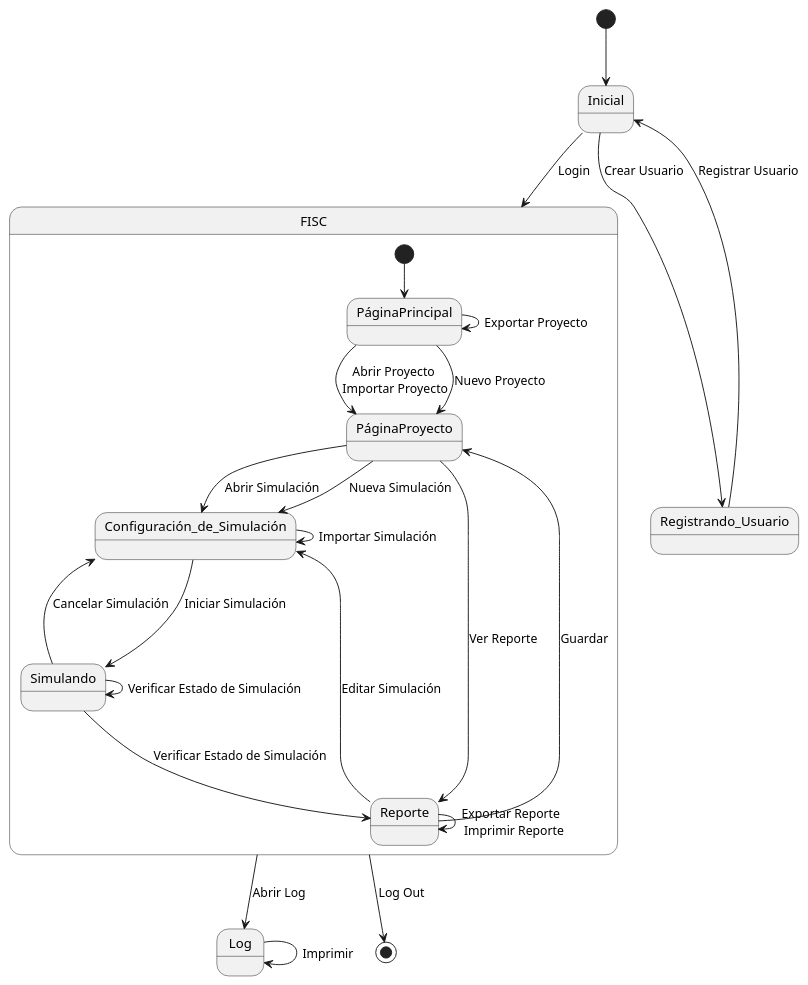
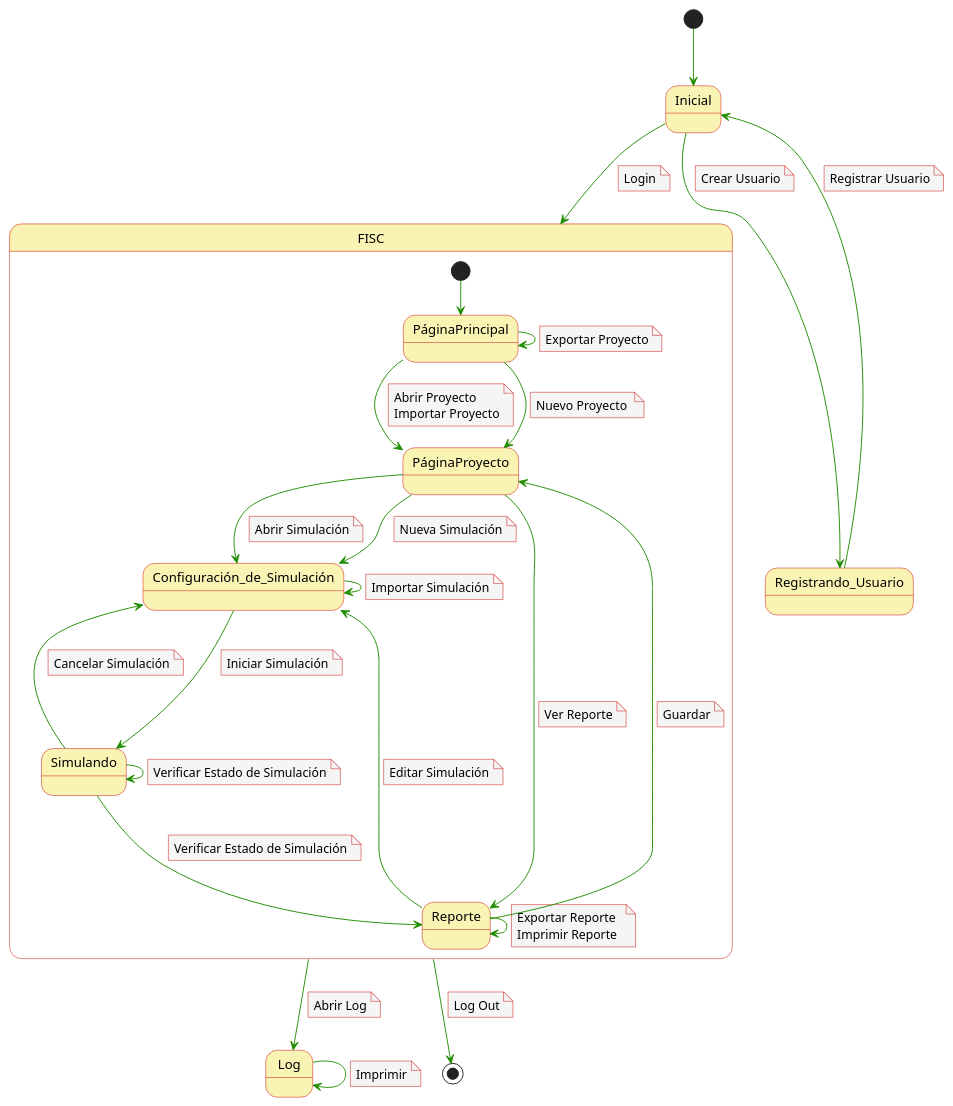
One commit to mmasias/23-24-IdSw1-SDR changed the diagram in casosDeUso/diagramaContexto.puml. Above: the diagram before and after it, drawn with PlantUML. The commit also changed 1 other file, not shown here.

Commit message:
diagrama contexto final

```diff
--- a/casosDeUso/diagramaContexto.puml
+++ b/casosDeUso/diagramaContexto.puml
@@ -1,37 +1,106 @@
 @startuml
+skinparam noteBackgroundColor #f5f5f5
+skinparam noteBorderColor #c90000
+skinparam arrowColor #218c00
+skinparam stateBackgroundColor #faf4b4
+skinparam stateBorderColor #c90000
+skinparam linetype bold
+skinparam arrowThickness 1
 
 [*] --> Inicial
 
-Inicial -d-> FISC : Login
-Inicial -d-> Registrando_Usuario : Crear Usuario
+Inicial -d-> FISC 
+note on link
+  Login
+end note
+Inicial -d-> Registrando_Usuario
+note on link
+  Crear Usuario
+end note
 
-Registrando_Usuario -d-> Inicial: Registrar Usuario
+Registrando_Usuario -d-> Inicial
+note on link
+  Registrar Usuario
+end note
 
 State FISC {
 [*] --> PáginaPrincipal 
 
-PáginaPrincipal -d-> PáginaProyecto : Abrir Proyecto \nImportar Proyecto
-PáginaPrincipal -d-> PáginaProyecto : Nuevo Proyecto 
-PáginaPrincipal -d-> PáginaPrincipal : Exportar Proyecto
+PáginaPrincipal -d-> PáginaProyecto
+note on link
+  Abrir Proyecto 
+  Importar Proyecto
+end note 
+PáginaPrincipal -d-> PáginaProyecto
+note on link
+  Nuevo Proyecto 
+end note 
+PáginaPrincipal -d-> PáginaPrincipal
+note on link
+  Exportar Proyecto
+end note 
 
-PáginaProyecto -d-> Configuración_de_Simulación: Abrir Simulación
-PáginaProyecto -d-> Configuración_de_Simulación : Nueva Simulación
-PáginaProyecto ---> Reporte: Ver Reporte
+PáginaProyecto -d-> Configuración_de_Simulación
+note on link
+  Abrir Simulación
+end note 
+PáginaProyecto -d-> Configuración_de_Simulación
+note on link
+  Nueva Simulación
+end note 
+PáginaProyecto ---> Reporte
+note on link
+  Ver Reporte
+end note 
 
-Configuración_de_Simulación -d-> Simulando : Iniciar Simulación
-Configuración_de_Simulación -d-> Configuración_de_Simulación : Importar Simulación 
+Configuración_de_Simulación -d-> Simulando
+note on link
+  Iniciar Simulación
+end note 
+Configuración_de_Simulación -d-> Configuración_de_Simulación
+note on link
+  Importar Simulación
+end note  
 
-Simulando ---> Configuración_de_Simulación: Cancelar Simulación
-Simulando ---> Simulando: Verificar Estado de Simulación
-Simulando ---> Reporte : Verificar Estado de Simulación
+Simulando ---> Configuración_de_Simulación
+note on link
+  Cancelar Simulación
+end note 
+Simulando ---> Simulando
+note on link
+  Verificar Estado de Simulación
+end note 
+Simulando ---> Reporte
+note on link
+  Verificar Estado de Simulación
+end note 
 
-Reporte -d-> Reporte : Exportar Reporte \n Imprimir Reporte
-Reporte -d-> PáginaProyecto : Guardar
-Reporte -d-> Configuración_de_Simulación : Editar Simulación
+Reporte -d-> Reporte
+note on link
+  Exportar Reporte  
+  Imprimir Reporte
+end note 
+Reporte -d-> PáginaProyecto
+note on link
+  Guardar
+end note 
+Reporte -d-> Configuración_de_Simulación
+note on link
+  Editar Simulación
+end note 
 }
 
-Log ---> Log: Imprimir
-FISC -d-> Log: Abrir Log
-FISC --> [*]: Log Out
+Log ---> Log
+note on link
+  Imprimir
+end note 
+FISC -d-> Log
+note on link
+  Abrir Log
+end note 
+FISC --> [*]
+note on link
+  Log Out
+end note 
 
 @enduml
```
